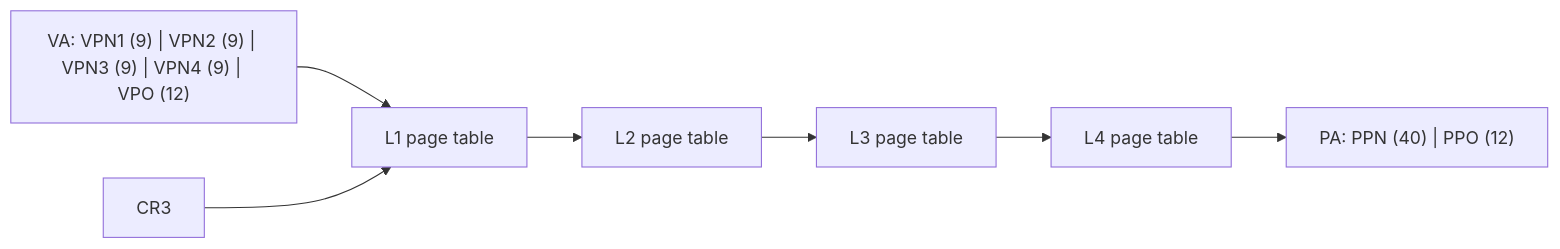
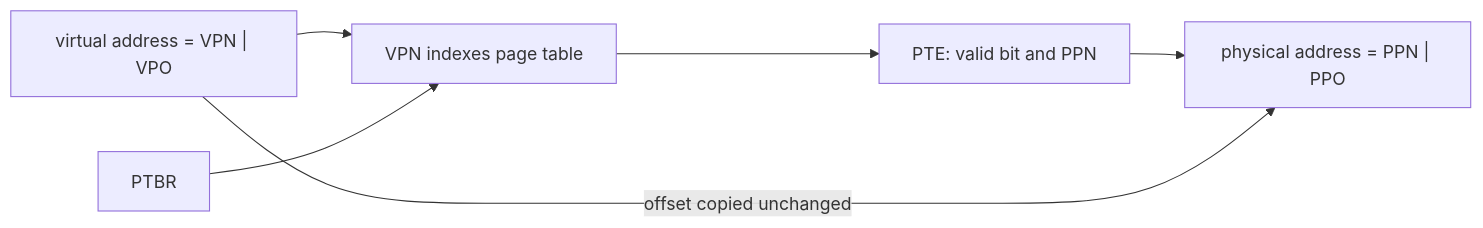
One commit to alvinnew100/grand-line-study-guide changed the second of 3 diagrams in src/csapp/lessons/24-vm-translation.md. Above: the diagram before and after it, drawn with Mermaid. The commit also changed other lines of this file and 47 other files, not shown here.

````diff
--- a/src/csapp/lessons/24-vm-translation.md
+++ b/src/csapp/lessons/24-vm-translation.md
@@ -215,9 +149,8 @@
 ```mermaid
-graph LR
-  VA["VA: VPN1 (9) | VPN2 (9) | VPN3 (9) | VPN4 (9) | VPO (12)"] --> T1
-  CR3 --> T1[L1 page table]
-  T1 --> T2[L2 page table]
-  T2 --> T3[L3 page table]
-  T3 --> T4[L4 page table]
-  T4 --> PA["PA: PPN (40) | PPO (12)"]
+flowchart LR
+    VA["virtual address = VPN | VPO"] --> IDX[VPN indexes page table]
+    PTBR[PTBR] --> IDX
+    IDX --> PTE[PTE: valid bit and PPN]
+    PTE --> PA["physical address = PPN | PPO"]
+    VA -- offset copied unchanged --> PA
 ```
````
